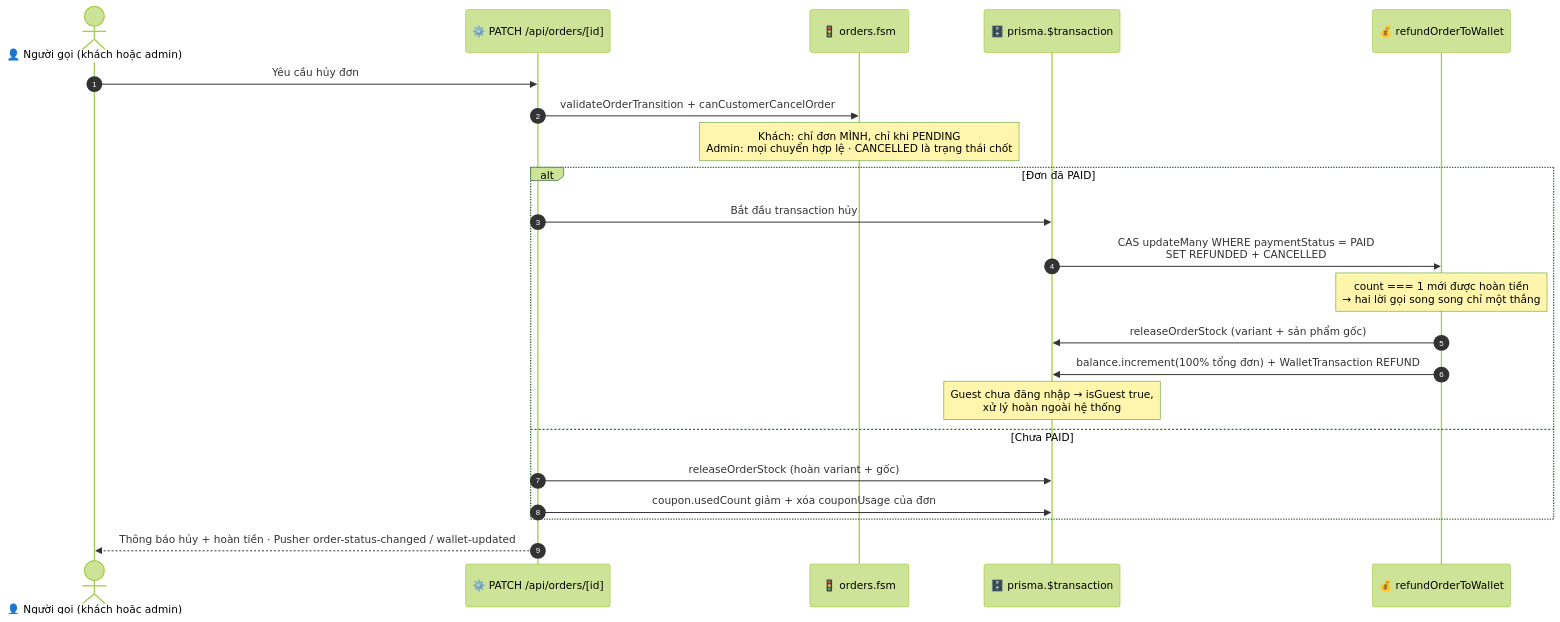
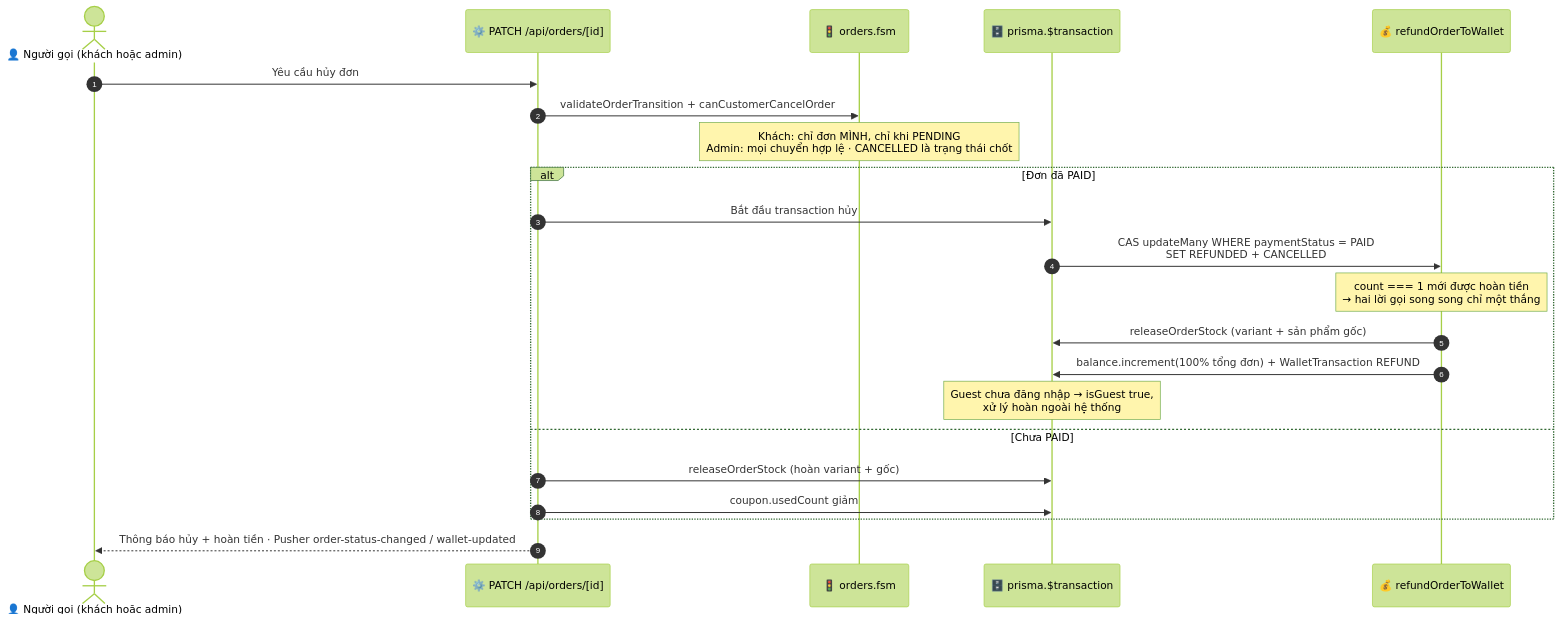
One commit to nhonhoa2007/shop-qr-payment changed the diagram in docs/uml/diagrams/16-sequence-cancel-refund.mmd. Above: the diagram before and after it, drawn with Mermaid (forest theme). The commit also changed 12 other files, not shown here.

Commit message:
docs: align compact electronics architecture

```diff
--- a/docs/uml/diagrams/16-sequence-cancel-refund.mmd
+++ b/docs/uml/diagrams/16-sequence-cancel-refund.mmd
@@ -1,23 +1,23 @@
 sequenceDiagram
     autonumber
     actor U as 👤 Người gọi (khách hoặc admin)
     participant API as ⚙️ PATCH /api/orders/[id]
     participant FSM as 🚦 orders.fsm
     participant DB as 🗄️ prisma.$transaction
     participant W as 💰 refundOrderToWallet
 
     U->>API: Yêu cầu hủy đơn
     API->>FSM: validateOrderTransition + canCustomerCancelOrder
     Note over FSM: Khách: chỉ đơn MÌNH, chỉ khi PENDING<br/>Admin: mọi chuyển hợp lệ · CANCELLED là trạng thái chốt
     alt Đơn đã PAID
         API->>DB: Bắt đầu transaction hủy
         DB->>W: CAS updateMany WHERE paymentStatus = PAID<br/>SET REFUNDED + CANCELLED
         Note over W: count === 1 mới được hoàn tiền<br/>→ hai lời gọi song song chỉ một thắng
         W->>DB: releaseOrderStock (variant + sản phẩm gốc)
         W->>DB: balance.increment(100% tổng đơn) + WalletTransaction REFUND
         Note over DB: Guest chưa đăng nhập → isGuest true,<br/>xử lý hoàn ngoài hệ thống
     else Chưa PAID
         API->>DB: releaseOrderStock (hoàn variant + gốc)
-        API->>DB: coupon.usedCount giảm + xóa couponUsage của đơn
+        API->>DB: coupon.usedCount giảm
     end
     API-->>U: Thông báo hủy + hoàn tiền · Pusher order-status-changed / wallet-updated
```
